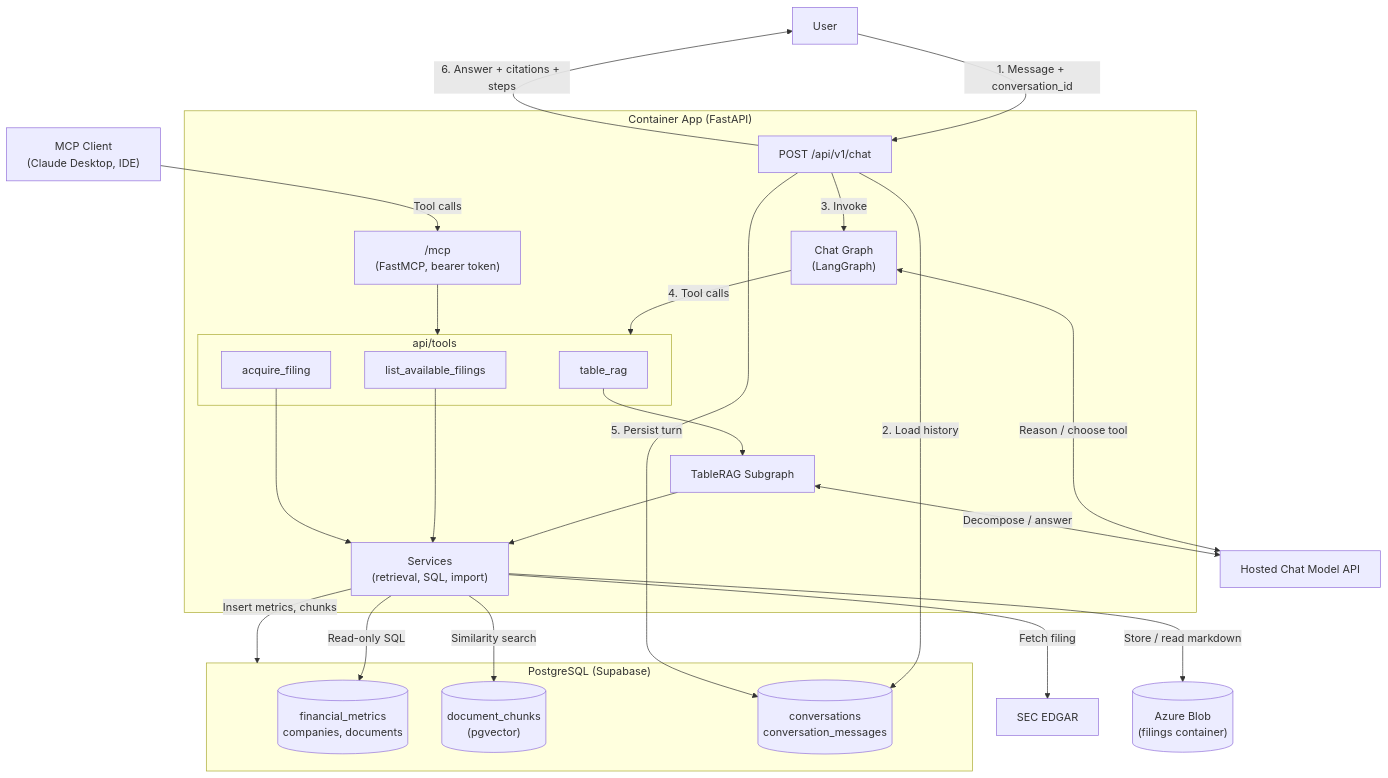
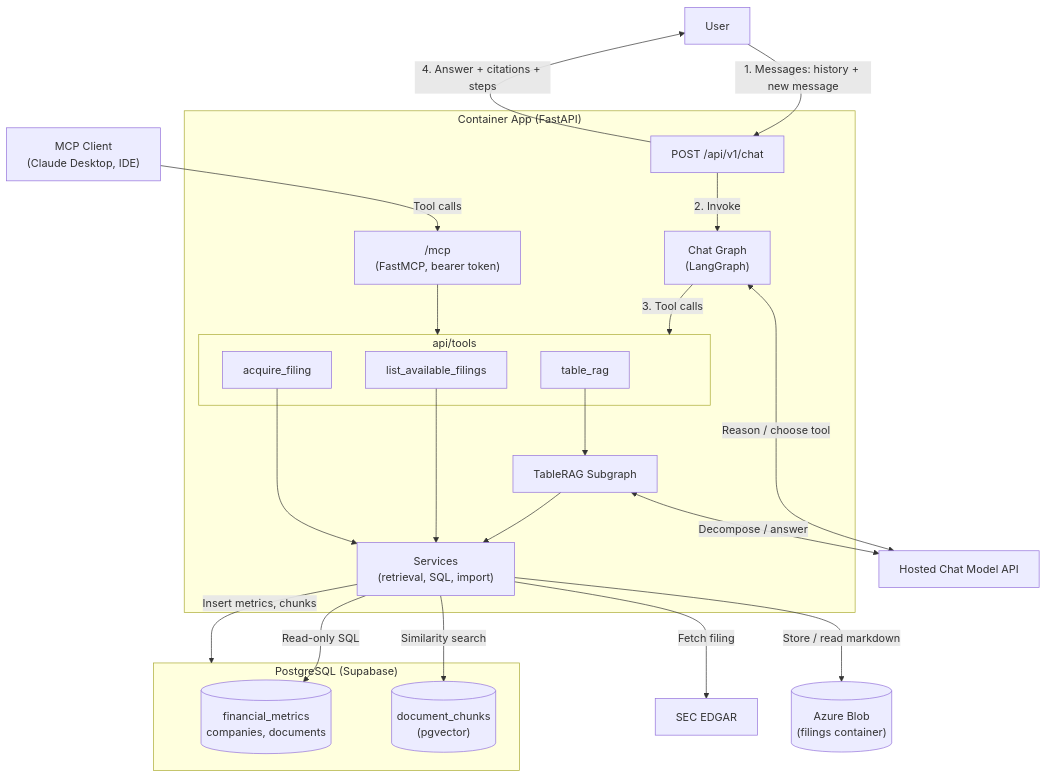
Before and after one commit to yucheng-fu/financial-data-agent: the first of 4 diagrams in docs/architecture.md, drawn with Mermaid. The commit also changed other lines of this file and 1 other file, not shown here.

````diff
--- a/docs/architecture.md
+++ b/docs/architecture.md
@@ -20,70 +20,67 @@
 ```mermaid
 flowchart TD
     user["User"]
     mcp_client["MCP Client\n(Claude Desktop, IDE)"]
 
     subgraph App["Container App (FastAPI)"]
         chat_route["POST /api/v1/chat"]
         mcp_server["/mcp\n(FastMCP, bearer token)"]
         chat_graph["Chat Graph\n(LangGraph)"]
 
         subgraph Tools["api/tools"]
             table_rag["table_rag"]
             list_filings["list_available_filings"]
             acquire["acquire_filing"]
         end
 
         tablerag_graph["TableRAG Subgraph"]
         services["Services\n(retrieval, SQL, import)"]
     end
 
     llm["Hosted Chat Model API"]
     sec["SEC EDGAR"]
     blob[("Azure Blob\n(filings container)")]
 
     subgraph Supabase["PostgreSQL (Supabase)"]
         metrics[("financial_metrics\ncompanies, documents")]
         chunks[("document_chunks\n(pgvector)")]
-        conversations[("conversations\nconversation_messages")]
     end
 
     %% =========================================================
     %% CHAT PATH
     %% =========================================================
 
-    user -->|1. Message + conversation_id| chat_route
-    chat_route -->|2. Load history| conversations
-    chat_route -->|3. Invoke| chat_graph
+    user -->|1. Messages: history + new message| chat_route
+    chat_route -->|2. Invoke| chat_graph
     chat_graph <-->|Reason / choose tool| llm
-    chat_graph -->|4. Tool calls| Tools
+    chat_graph -->|3. Tool calls| Tools
 
     %% =========================================================
     %% MCP PATH
     %% =========================================================
 
     mcp_client -->|Tool calls| mcp_server
     mcp_server --> Tools
 
     %% =========================================================
     %% TOOLS
     %% =========================================================
 
     table_rag --> tablerag_graph
     tablerag_graph <-->|Decompose / answer| llm
     tablerag_graph --> services
     list_filings --> services
     acquire --> services
 
     services -->|Read-only SQL| metrics
     services -->|Similarity search| chunks
     services -->|Fetch filing| sec
     services -->|Store / read markdown| blob
     services -->|Insert metrics, chunks| Supabase
 
     %% =========================================================
     %% RESPONSE
     %% =========================================================
 
-    chat_route -->|5. Persist turn| conversations
-    chat_route -->|6. Answer + citations + steps| user
+    chat_route -->|4. Answer + citations + steps| user
 ```
````
